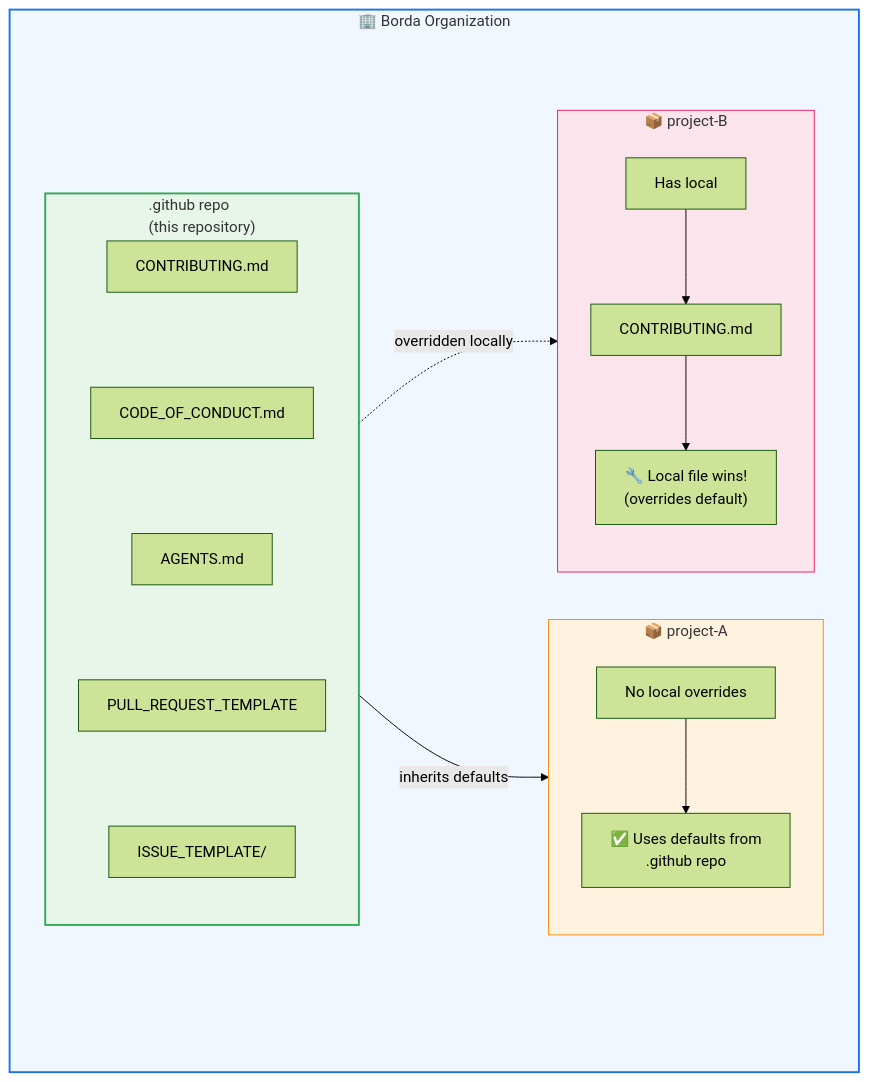
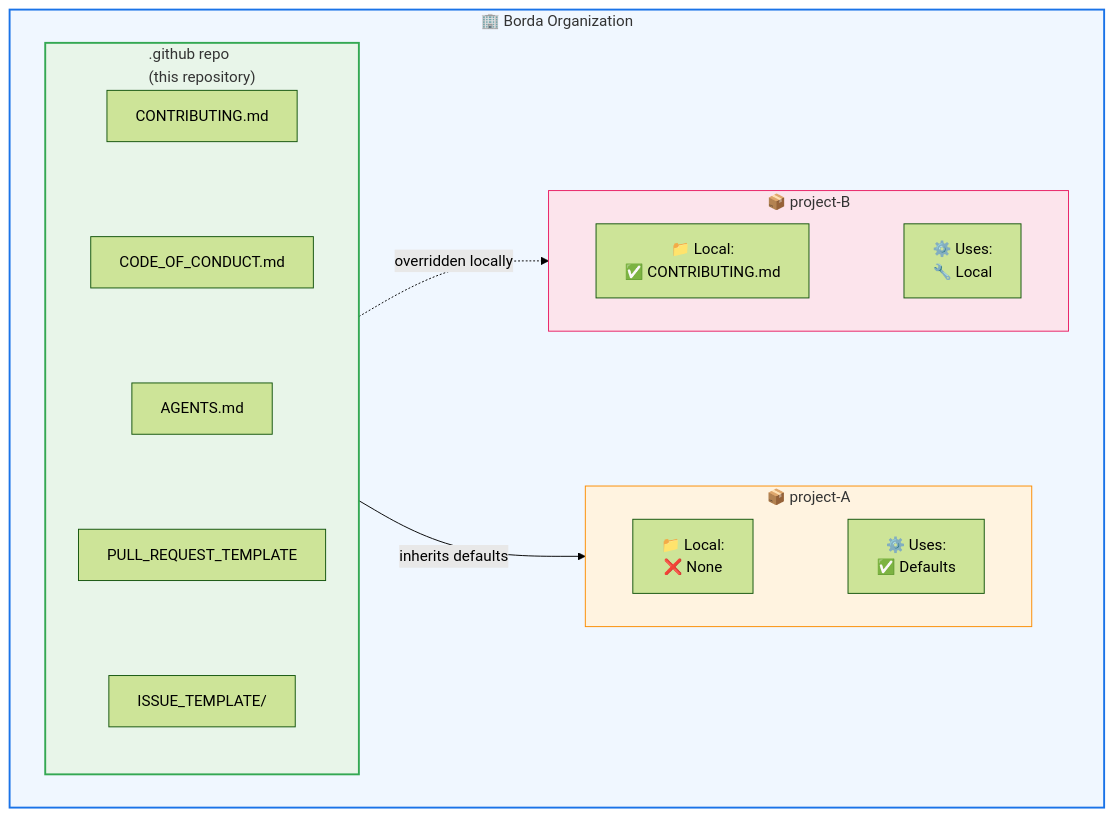
One commit to Borda/.github changed the diagram in README.md. Above: the diagram before and after it, drawn with Mermaid (forest theme).

Commit message:
Refine Mermaid flowchart formatting in README.md for improved clarity.

````diff
--- a/README.md
+++ b/README.md
@@ -39,40 +39,39 @@
 ```mermaid
 flowchart TD
     subgraph BordaOrganization["🏢 Borda Organization"]
         subgraph GithubRepo[".github repo<br/>(this repository)"]
             CONTRIBUTING["CONTRIBUTING.md"]
             CONTRIBUTING ~~~ CODE_OF_CONDUCT["CODE_OF_CONDUCT.md"]
             CODE_OF_CONDUCT ~~~ AGENTS["AGENTS.md"]
             AGENTS ~~~ PR_TEMPLATE["PULL_REQUEST_TEMPLATE"]
             PR_TEMPLATE ~~~ ISSUE_TEMPLATE["ISSUE_TEMPLATE/"]
         end
 
         subgraph ProjectA["📦 project-A"]
-            direction TB
-            NoOverrides["No local overrides"]
-            UsesDefaults["✅ Uses defaults from<br/>.github repo"]
-            NoOverrides --> UsesDefaults
+            direction LR
+            A_Local["📁 Local:<br/>❌ None"]
+            A_Used["⚙️ Uses:<br/>✅ Defaults"]
+            A_Local ~~~ A_Used
         end
 
         subgraph ProjectB["📦 project-B"]
-            direction TB
-            HasLocal["Has local"]
-            LocalFile["CONTRIBUTING.md"]
-            LocalWins["🔧 Local file wins!<br/>(overrides default)"]
-            HasLocal --> LocalFile --> LocalWins
+            direction LR
+            B_Local["📁 Local:<br/>✅ CONTRIBUTING.md"]
+            B_Used["⚙️ Uses:<br/>🔧 Local"]
+            B_Local ~~~ B_Used
         end
 
         GithubRepo -->|"inherits defaults"| ProjectA
         GithubRepo -.->|"overridden locally"| ProjectB
     end
 
     classDef orgStyle fill:#f0f7ff,stroke:#1a73e8,stroke-width:2px
     classDef repoStyle fill:#e8f5e9,stroke:#34a853,stroke-width:2px
     classDef projectAStyle fill:#fff3e0,stroke:#fb8c00,stroke-width:1px
     classDef projectBStyle fill:#fce4ec,stroke:#e91e63,stroke-width:1px
 
     class BordaOrganization orgStyle
     class GithubRepo repoStyle
     class ProjectA projectAStyle
     class ProjectB projectBStyle
 ```
````
